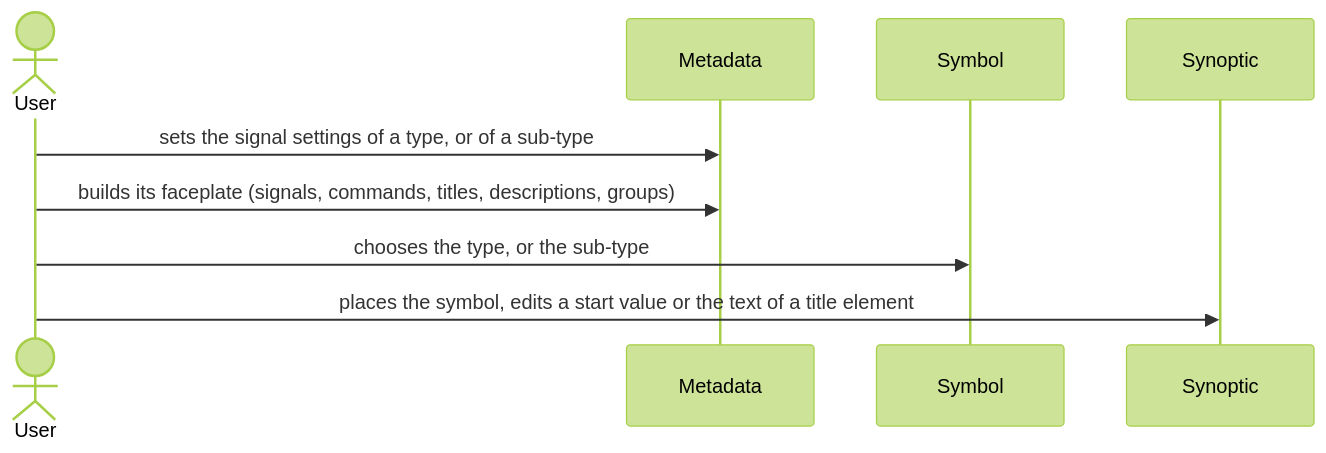
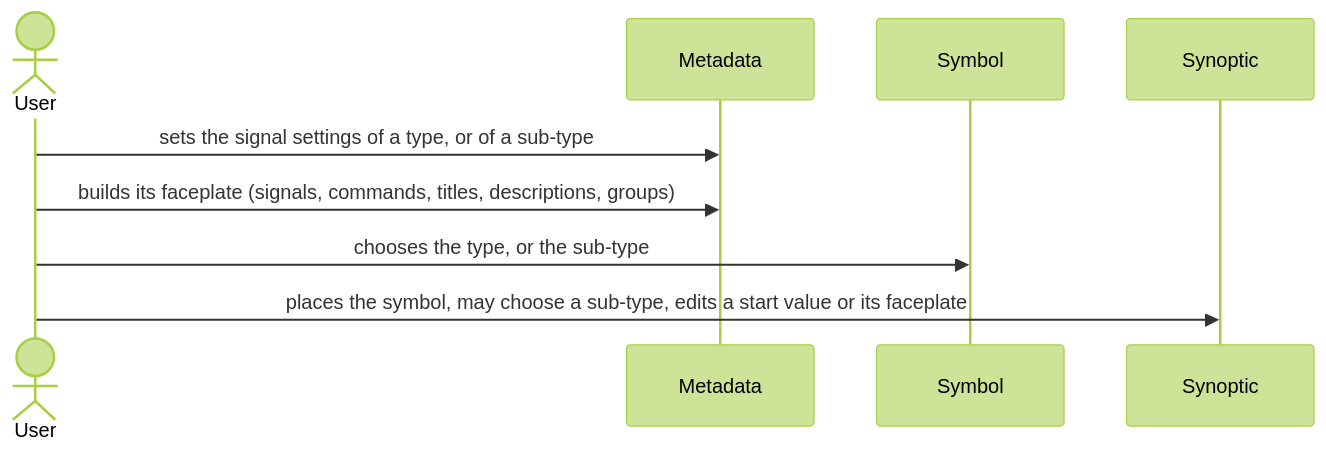
Diagram 41 of 50 in metadata/draft.md (AlexandreGallais/synoptic-studio-spec), drawn with Mermaid (forest theme) before and after one commit. The commit also changed other lines of this file and 12 other files, not shown here.

````diff
--- a/metadata/draft.md
+++ b/metadata/draft.md
@@ -1279,11 +1281,11 @@
 ```mermaid
 sequenceDiagram
     actor U as User
     participant MD as Metadata
     participant SY as Symbol
     participant SN as Synoptic
     U->>MD: sets the signal settings of a type, or of a sub-type
     U->>MD: builds its faceplate (signals, commands, titles, descriptions, groups)
     U->>SY: chooses the type, or the sub-type
-    U->>SN: places the symbol, edits a start value or the text of a title element
+    U->>SN: places the symbol, may choose a sub-type, edits a start value or its faceplate
 ```
````
